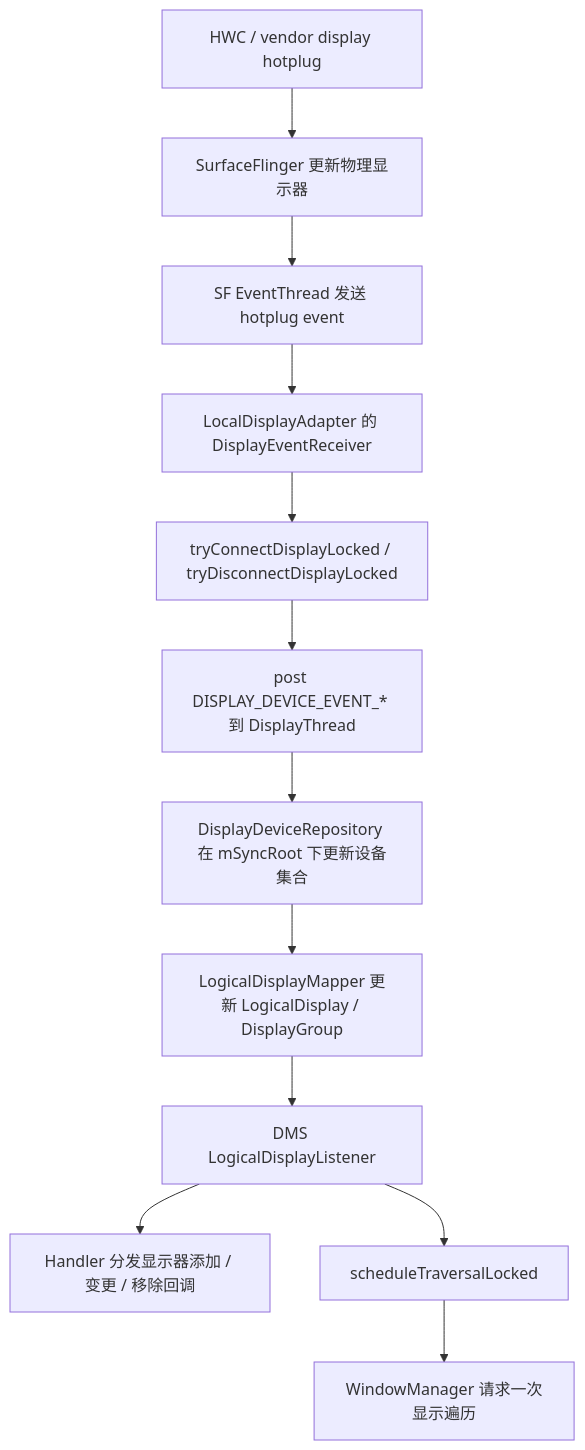
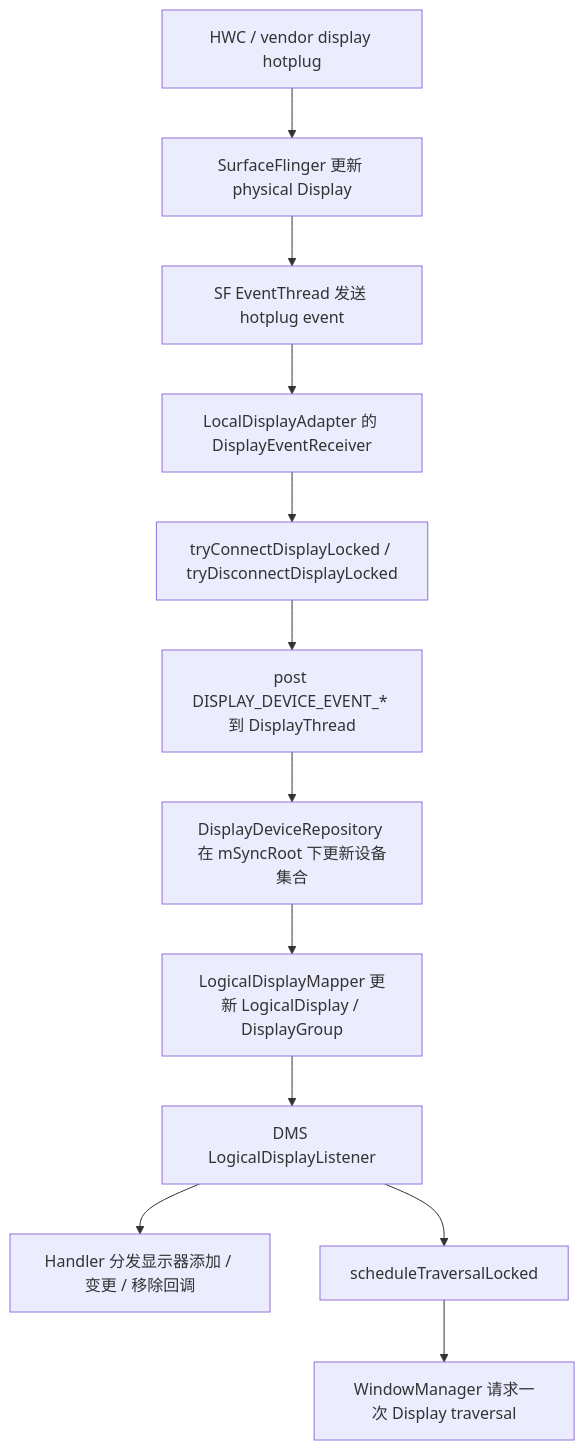
Before and after one commit to Gracker/android-internals-wiki: the second of 3 diagrams in src/part1-fundamentals/ch02-rendering/30-displaymanager-service-lifecycle.md, drawn with Mermaid. The commit also changed other lines of this file and 4 other files, not shown here.

````diff
--- a/src/part1-fundamentals/ch02-rendering/30-displaymanager-service-lifecycle.md
+++ b/src/part1-fundamentals/ch02-rendering/30-displaymanager-service-lifecycle.md
@@ -139,14 +139,14 @@
 ```mermaid
 flowchart TD
-    A["HWC / vendor display hotplug"] --> B["SurfaceFlinger 更新物理显示器"]
+    A["HWC / vendor display hotplug"] --> B["SurfaceFlinger 更新 physical Display"]
     B --> C["SF EventThread 发送 hotplug event"]
     C --> D["LocalDisplayAdapter 的 DisplayEventReceiver"]
     D --> E["tryConnectDisplayLocked / tryDisconnectDisplayLocked"]
     E --> F["post DISPLAY_DEVICE_EVENT_* 到 DisplayThread"]
     F --> G["DisplayDeviceRepository 在 mSyncRoot 下更新设备集合"]
     G --> H["LogicalDisplayMapper 更新 LogicalDisplay / DisplayGroup"]
     H --> I["DMS LogicalDisplayListener"]
     I --> J["Handler 分发显示器添加 / 变更 / 移除回调"]
     I --> K["scheduleTraversalLocked"]
-    K --> L["WindowManager 请求一次显示遍历"]
+    K --> L["WindowManager 请求一次 Display traversal"]
 ```
````
